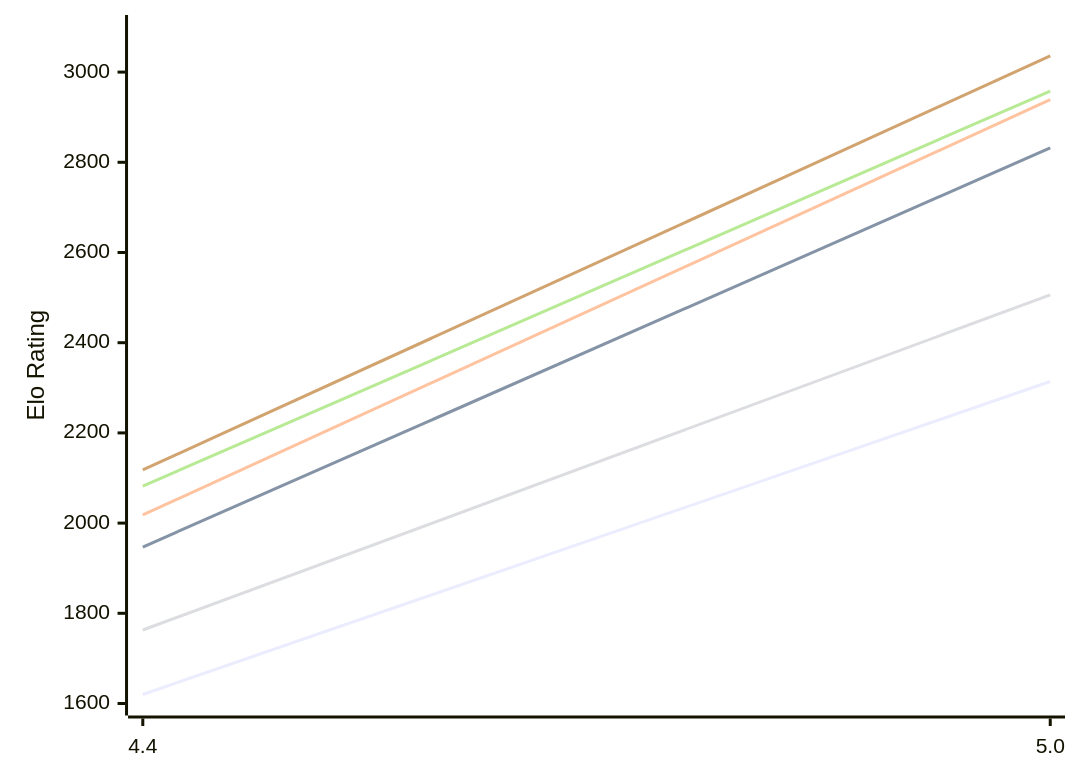
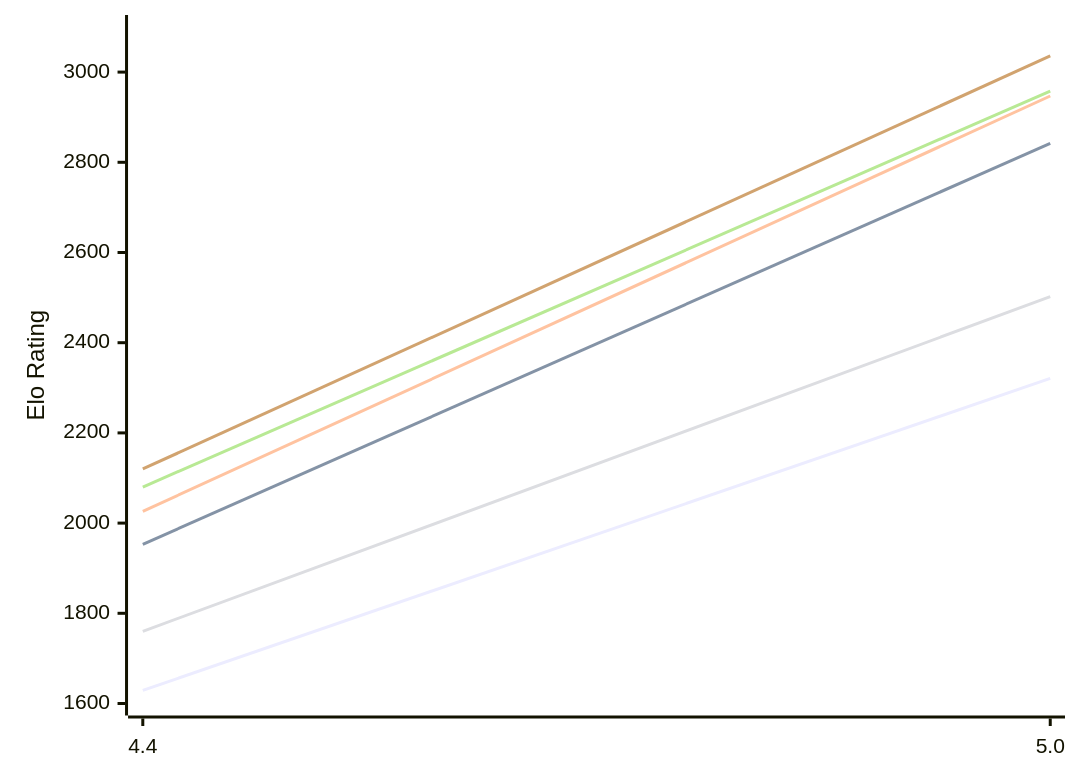
One commit to computer-chess-index/cci changed the first of 2 diagrams in engines/Radiance.md. Above: the diagram before and after it, drawn with Mermaid. The commit also changed other lines of this file, not shown here.

Commit message:
Update CCI Ratings (ELO VLTC) - 2026-11-07

````diff
--- a/engines/Radiance.md
+++ b/engines/Radiance.md
@@ -51,12 +51,12 @@
 ```mermaid
 %%{init: {"theme":"base","themeVariables":{"seriesColors:['#a3a3a3','#222221','#faa371']}}}%%
 xychart-beta
   x-axis ["4.4", "5.0"]
   y-axis "Elo Rating" 1600 --> 3100
-  line "E1: STC (8.0+0.08s)" [1620, 2314]
-  line "E1: LTC (60.0+0.60s)" [1947, 2832]
-  line "E1: VLTC (2m24s+1.12s)" [2018, 2939]
-  line "P1: STC (8.0+0.08s)" [1763, 2506]
-  line "P1: LTC (60.0+0.60s)" [2082, 2958]
-  line "P1: VLTC (2m24s+1.12s)" [2118, 3036]
+  line "E1: STC (8.0+0.08s)" [1629, 2321]
+  line "E1: LTC (60.0+0.60s)" [1953, 2842]
+  line "E1: VLTC (2m24s+1.12s)" [2026, 2947]
+  line "P1: STC (8.0+0.08s)" [1760, 2502]
+  line "P1: LTC (60.0+0.60s)" [2080, 2958]
+  line "P1: VLTC (2m24s+1.12s)" [2120, 3036]
 ```
````
